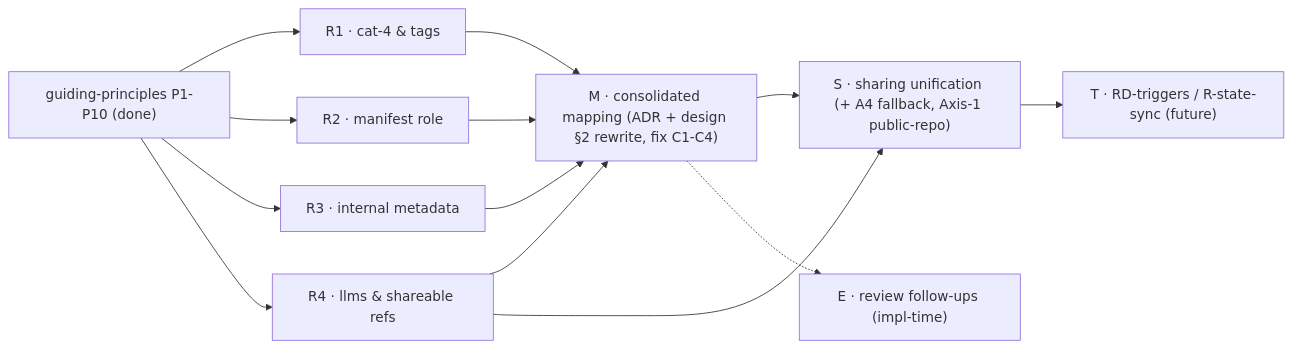
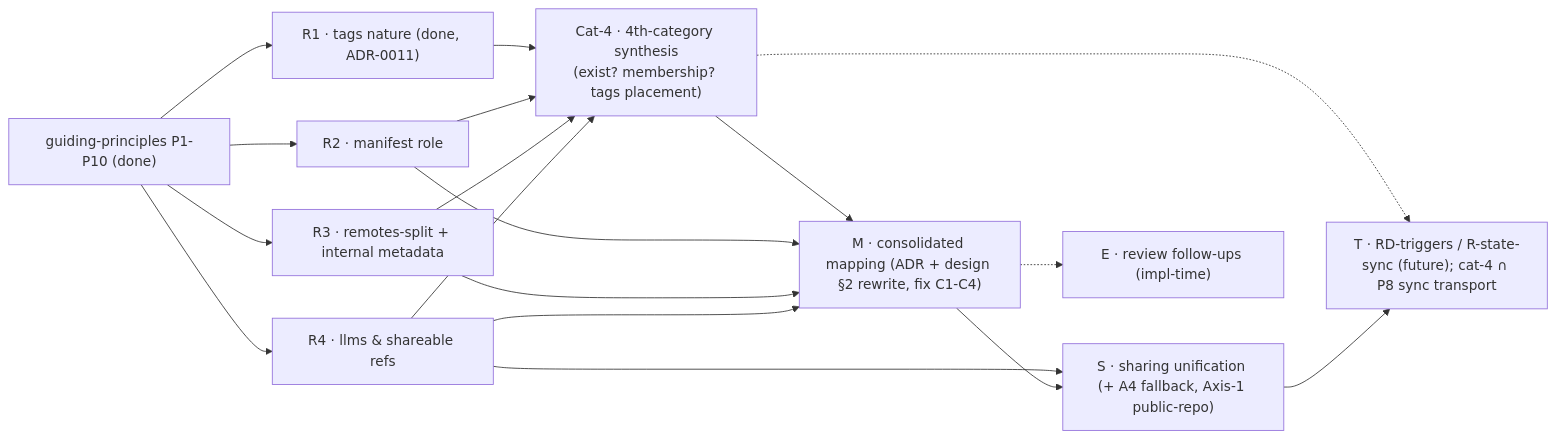
One commit to alergyonthestage/claude-orchestrator changed the diagram in docs/maintainer/configuration/decentralized-config/analysis-roadmap.md. Above: the diagram before and after it, drawn with Mermaid. The commit also changed other lines of this file and 4 other files, not shown here.

First line of the commit message:
docs(decentralized-config): R1 — fix tag nature (ADR-0011), defer placement + cat-4 to synthesis

````diff
--- a/docs/maintainer/configuration/decentralized-config/analysis-roadmap.md
+++ b/docs/maintainer/configuration/decentralized-config/analysis-roadmap.md
@@ -105,15 +129,20 @@
 ```mermaid
 flowchart LR
-  P["guiding-principles P1-P10 (done)"] --> R1["R1 · cat-4 & tags"]
+  P["guiding-principles P1-P10 (done)"] --> R1["R1 · tags nature (done, ADR-0011)"]
   P --> R2["R2 · manifest role"]
-  P --> R3["R3 · internal metadata"]
+  P --> R3["R3 · remotes-split + internal metadata"]
   P --> R4["R4 · llms & shareable refs"]
-  R1 --> M["M · consolidated mapping (ADR + design §2 rewrite, fix C1-C4)"]
+  R1 --> C4["Cat-4 · 4th-category synthesis<br/>(exist? membership? tags placement)"]
+  R2 --> C4
+  R3 --> C4
+  R4 --> C4
+  C4 --> M["M · consolidated mapping (ADR + design §2 rewrite, fix C1-C4)"]
   R2 --> M
   R3 --> M
   R4 --> M
   R4 --> S["S · sharing unification (+ A4 fallback, Axis-1 public-repo)"]
   M --> S
-  S --> T["T · RD-triggers / R-state-sync (future)"]
+  C4 -.-> T["T · RD-triggers / R-state-sync (future); cat-4 ∩ P8 sync transport"]
+  S --> T
   M -.-> E["E · review follow-ups (impl-time)"]
 ```
````
